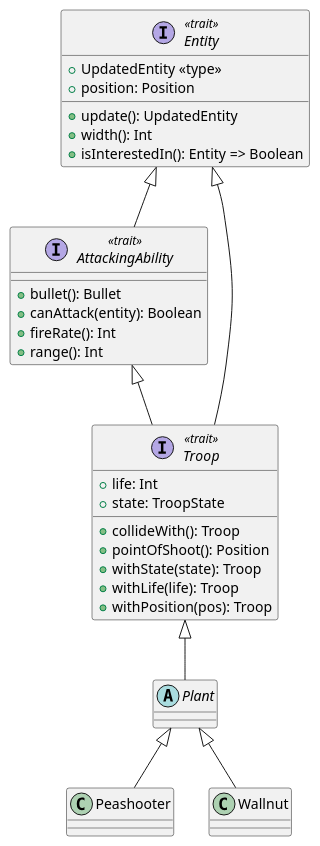
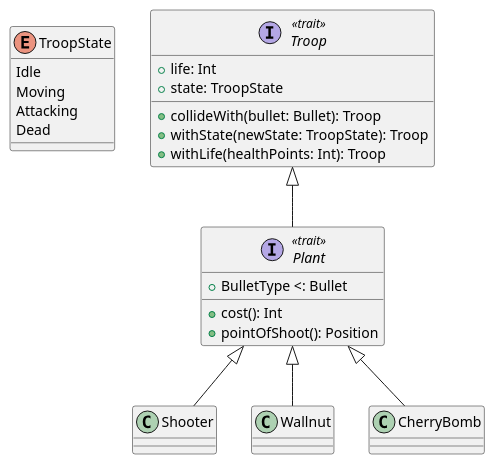
The diagram in doc/diagrams/Plants.puml (PaoloPenazzi/pps-pvzlike), drawn with PlantUML before and after one commit. The commit also changed 1 other file, not shown here.

Commit message:
chore: update diagrams

```diff
--- a/doc/diagrams/Plants.puml
+++ b/doc/diagrams/Plants.puml
@@ -1,41 +1,34 @@
 @startuml
 'https://plantuml.com/class-diagram
 
-
-interface Entity <<trait>> {
-+UpdatedEntity <<type>>
-+position: Position
-+update(): UpdatedEntity
-+width(): Int
-+isInterestedIn(): Entity => Boolean
-}
-
-interface AttackingAbility <<trait>> {
-+bullet(): Bullet
-+canAttack(entity): Boolean
-+fireRate(): Int
-+range(): Int
+enum TroopState{
+Idle
+Moving
+Attacking
+Dead
 }
 
 interface Troop <<trait>> {
 +life: Int
 +state: TroopState
-+collideWith(): Troop
-+pointOfShoot(): Position
-+withState(state): Troop
-+withLife(life): Troop
-+withPosition(pos): Troop
++collideWith(bullet: Bullet): Troop
++withState(newState: TroopState): Troop
++withLife(healthPoints: Int): Troop
 }
 
-abstract class Plant
-class Peashooter
+interface Plant <<trait>> {
++BulletType <: Bullet
++cost(): Int
++pointOfShoot(): Position
+}
+
+class Shooter
 class Wallnut
+class CherryBomb
 
-Entity <|-down- AttackingAbility
-Entity <|-down- Troop
-AttackingAbility <|-down- Troop
 Troop <|-down- Plant
-Plant <|-down- Peashooter
+Plant <|-down- Shooter
 Plant <|-down- Wallnut
+Plant <|-down- CherryBomb
 
 @enduml
```
